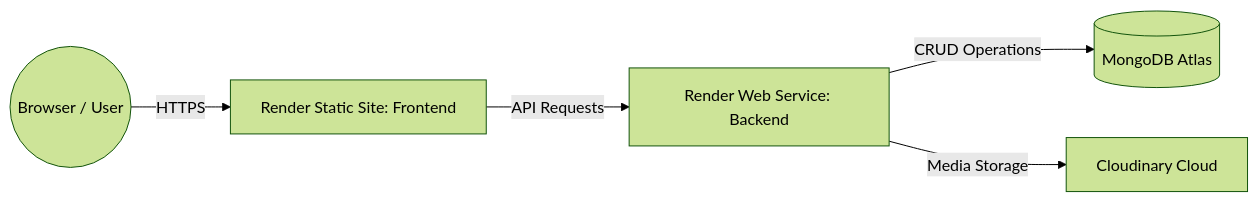
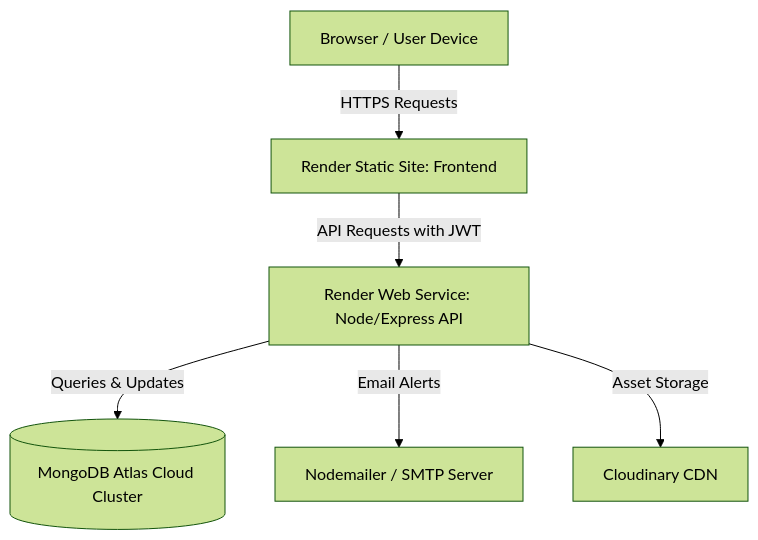
The diagram in README.md (Maheshwarandev/smart-complaint-resolution-system), drawn with Mermaid (forest theme) before and after one commit. The commit also changed other lines of this file and 56 other files, not shown here.

````diff
--- a/README.md
+++ b/README.md
@@ -222,7 +368,8 @@
 ```mermaid
-graph LR
-    Client((Browser / User)) -->|HTTPS| Frontend[Render Static Site: Frontend]
-    Frontend -->|API Requests| Backend[Render Web Service: Backend]
-    Backend -->|CRUD Operations| DB[(MongoDB Atlas)]
-    Backend -->|Media Storage| Cloudinary[Cloudinary Cloud]
+graph TD
+    Client[Browser / User Device] -->|HTTPS Requests| Frontend[Render Static Site: Frontend]
+    Frontend -->|API Requests with JWT| Backend[Render Web Service: Node/Express API]
+    Backend -->|Queries & Updates| DB[(MongoDB Atlas Cloud Cluster)]
+    Backend -->|Email Alerts| SMTP[Nodemailer / SMTP Server]
+    Backend -->|Asset Storage| Cloudinary[Cloudinary CDN]
 ```
````
